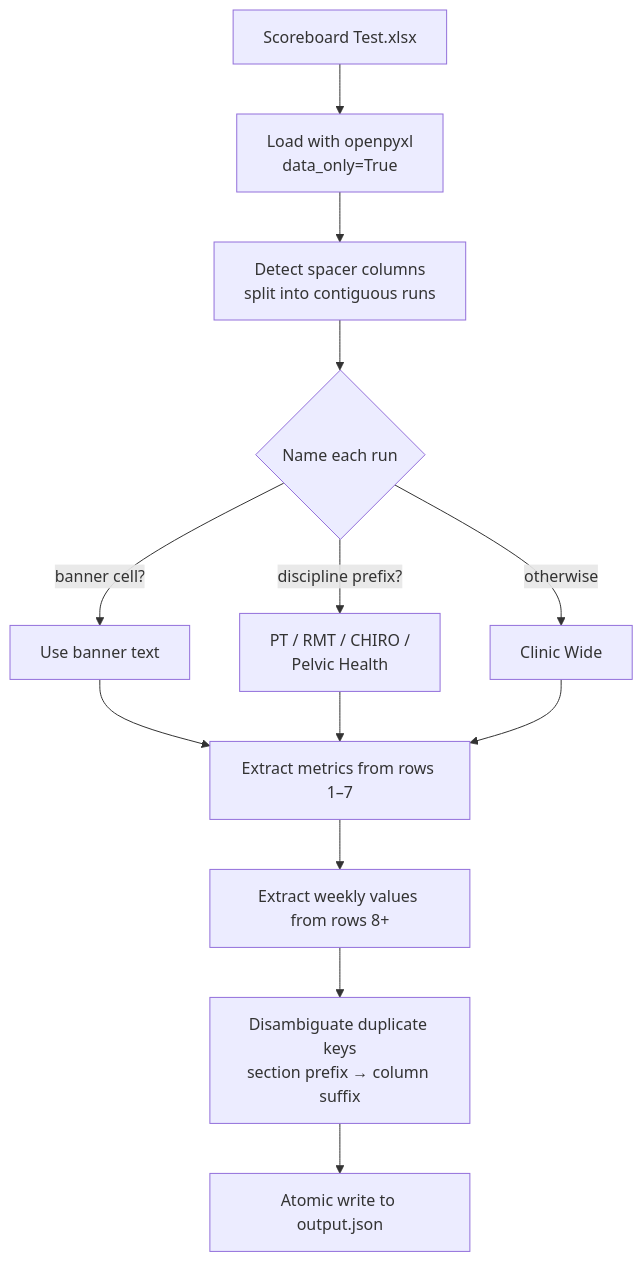
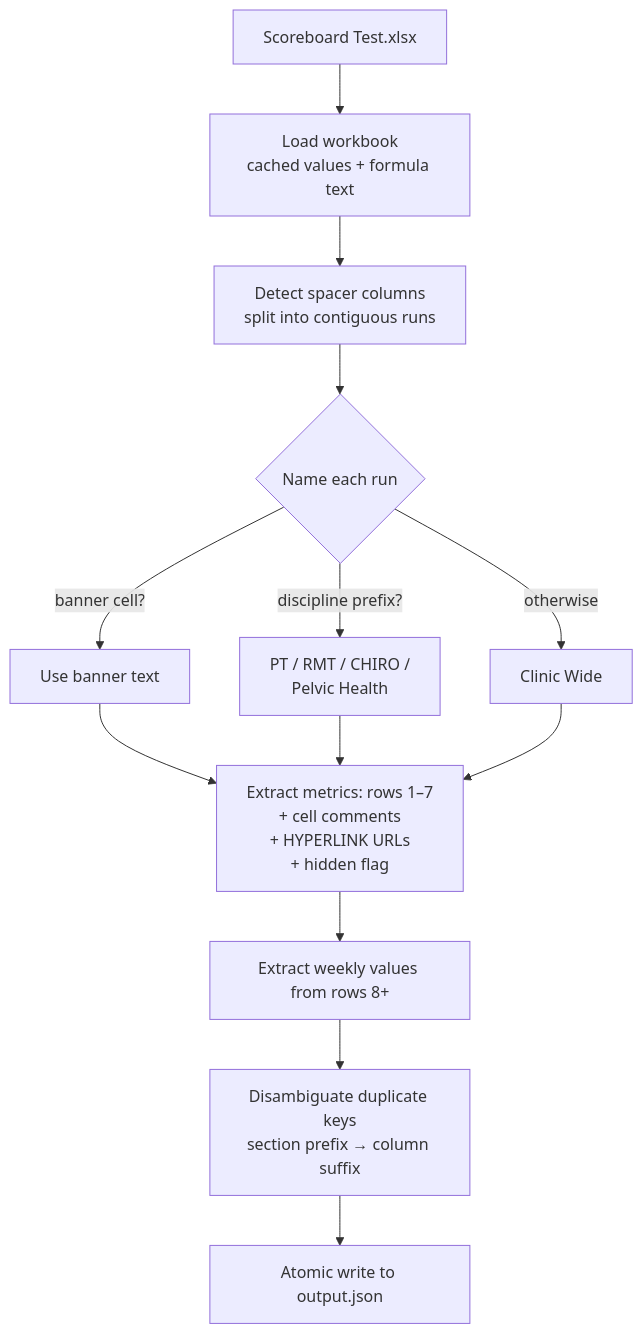
The diagram in README.md (DeepMangroliya/clara), drawn with Mermaid before and after one commit. The commit also changed other lines of this file and 2 other files, not shown here.

````diff
--- a/README.md
+++ b/README.md
@@ -106,15 +109,15 @@
 ```mermaid
 flowchart TD
-    A[Scoreboard Test.xlsx] --> B[Load with openpyxl<br/>data_only=True]
+    A[Scoreboard Test.xlsx] --> B[Load workbook<br/>cached values + formula text]
     B --> C[Detect spacer columns<br/>split into contiguous runs]
     C --> D{Name each run}
     D -->|banner cell?| E[Use banner text]
     D -->|discipline prefix?| F["PT / RMT / CHIRO /<br/>Pelvic Health"]
     D -->|otherwise| G[Clinic Wide]
-    E --> H[Extract metrics from rows 1–7]
+    E --> H[Extract metrics: rows 1–7<br/>+ cell comments<br/>+ HYPERLINK URLs<br/>+ hidden flag]
     F --> H
     G --> H
     H --> I[Extract weekly values from rows 8+]
     I --> J[Disambiguate duplicate keys<br/>section prefix → column suffix]
     J --> K[Atomic write to output.json]
 ```
````
